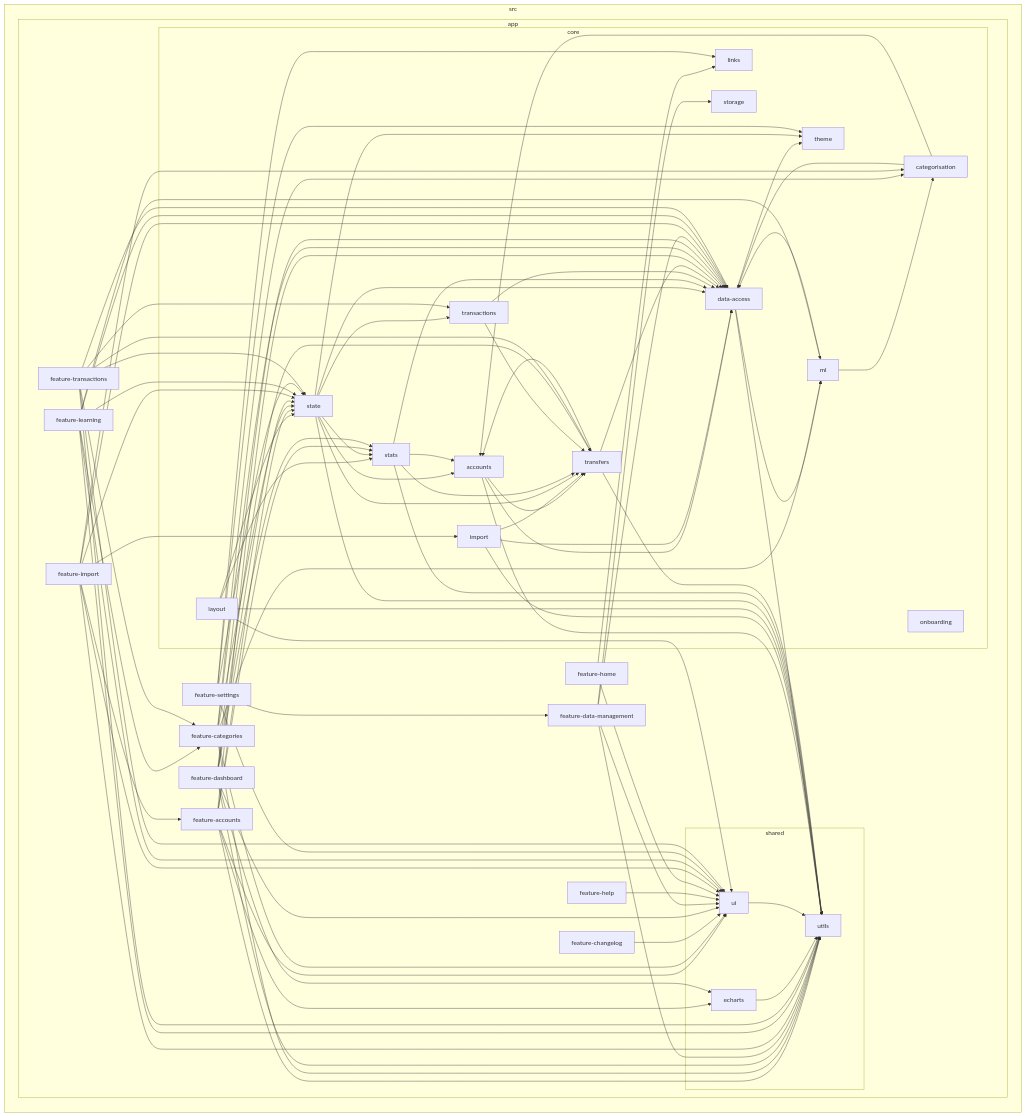
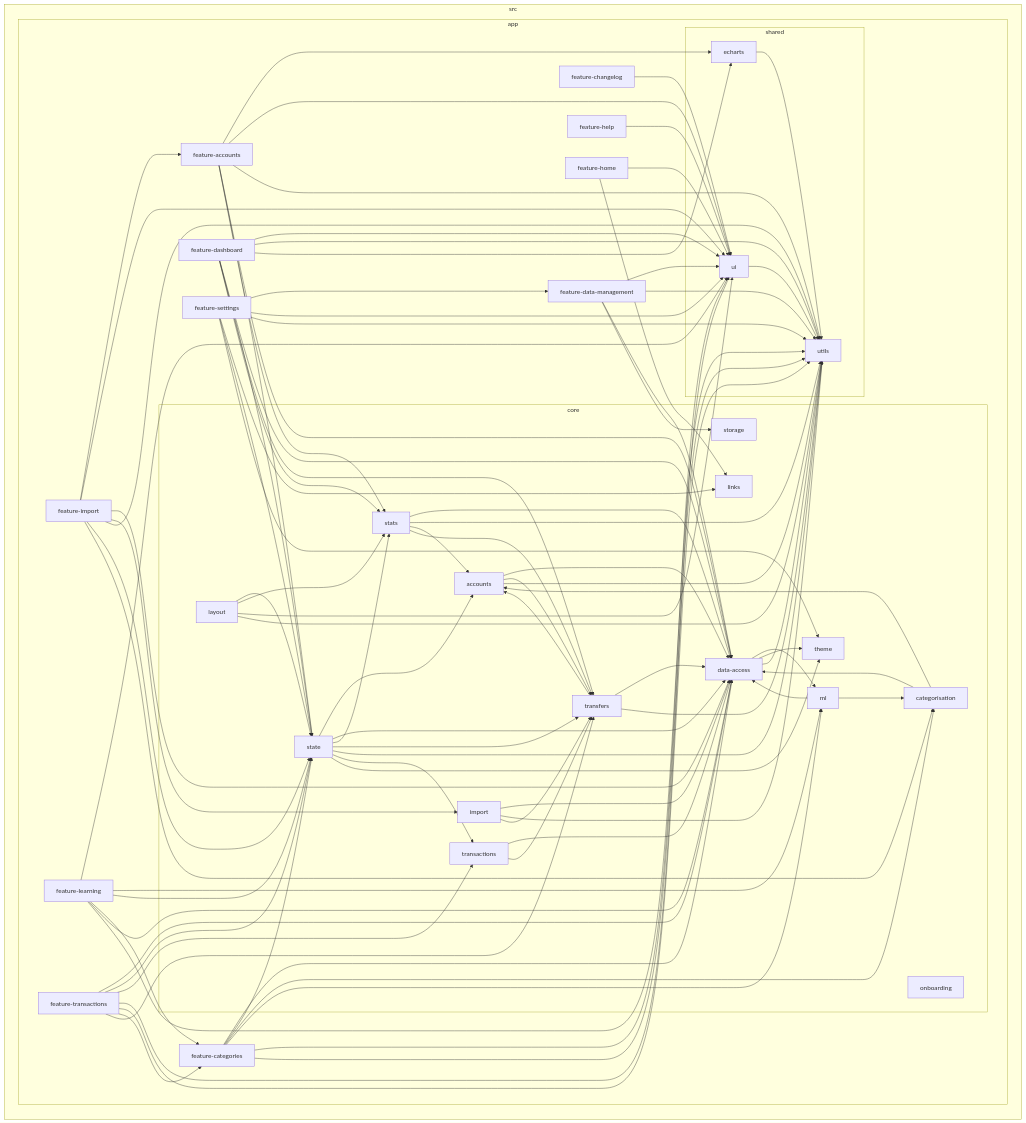
One commit to kevhauma/money-mosaic-v2 changed the diagram in reports/dependency-graph.mmd. Above: the diagram before and after it, drawn with Mermaid. The commit also changed 24 other files, not shown here.

```diff
--- a/reports/dependency-graph.mmd
+++ b/reports/dependency-graph.mmd
@@ -1,125 +1,126 @@
 flowchart LR
 
 subgraph 0["src"]
 subgraph 1["app"]
 subgraph 2["core"]
 3["accounts"]
 4["categorisation"]
 5["data-access"]
 6["import"]
 7["layout"]
 8["links"]
 9["ml"]
 A["onboarding"]
 B["state"]
 C["stats"]
 D["storage"]
 E["theme"]
 F["transactions"]
 G["transfers"]
 end
 H["feature-accounts"]
 I["feature-categories"]
 J["feature-changelog"]
 K["feature-dashboard"]
 L["feature-data-management"]
 M["feature-help"]
 N["feature-home"]
 O["feature-import"]
 P["feature-learning"]
 Q["feature-settings"]
 R["feature-transactions"]
 subgraph S["shared"]
 T["echarts"]
 U["ui"]
 V["utils"]
 end
 end
 end
 3-->5
 3-->G
 3-->V
 4-->5
 4-->3
 5-->9
 5-->E
 5-->V
 6-->5
 6-->V
 6-->G
 7-->B
 7-->C
 7-->U
 7-->V
 9-->4
 9-->5
 B-->3
 B-->5
 B-->C
 B-->G
 B-->V
 B-->F
 B-->E
 C-->5
 C-->V
 C-->3
 C-->G
 F-->5
 F-->G
 G-->5
 G-->3
 G-->V
 H-->5
 H-->T
 H-->B
 H-->U
 H-->V
 H-->C
 I-->5
 I-->B
 I-->U
 I-->V
 I-->4
 I-->9
 J-->U
 K-->5
 K-->B
 K-->U
 K-->V
 K-->G
 K-->C
 K-->T
 L-->5
 L-->D
 L-->U
 L-->V
 M-->U
 N-->8
 N-->U
 O-->H
 O-->U
 O-->5
 O-->6
 O-->V
 O-->B
 O-->4
 P-->U
 P-->9
 P-->B
 P-->I
 P-->5
 P-->V
 Q-->8
 Q-->B
 Q-->E
 Q-->L
 Q-->U
+Q-->V
 R-->5
 R-->B
 R-->F
 R-->U
 R-->V
 R-->I
 R-->G
 T-->V
 U-->V
```
